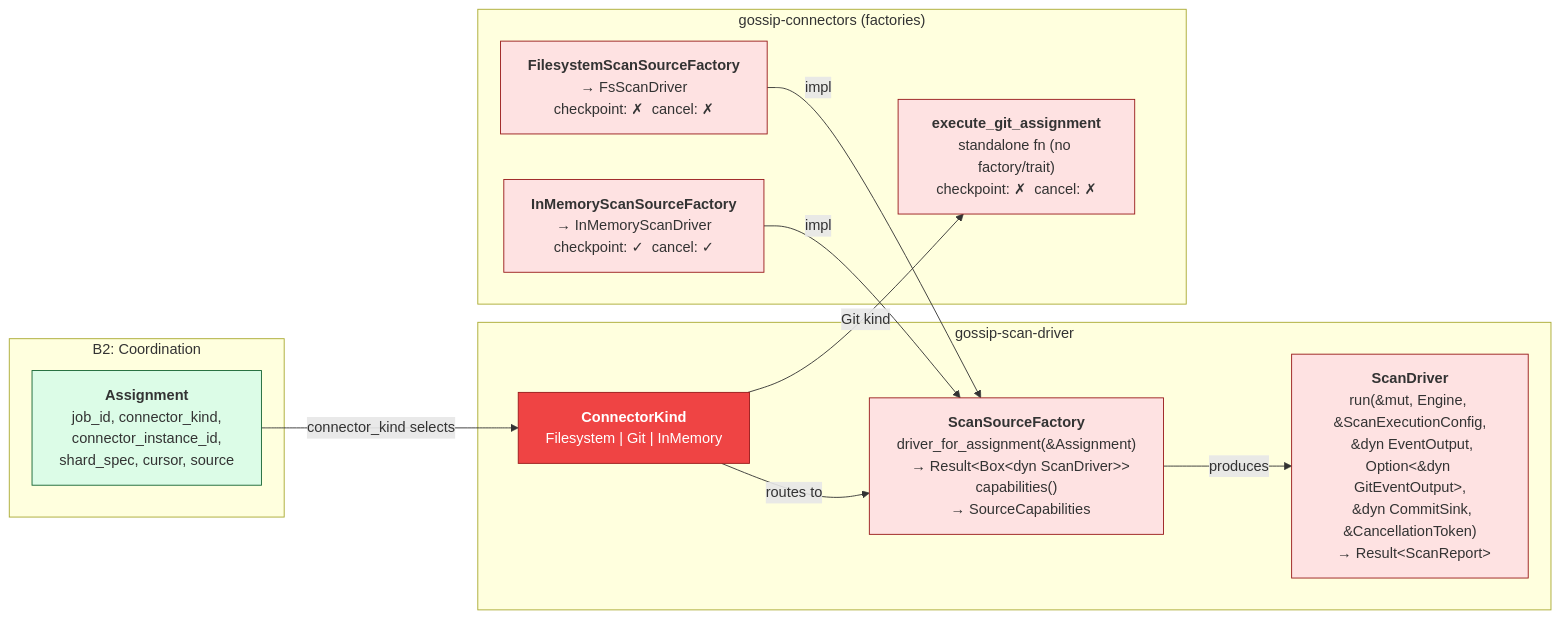
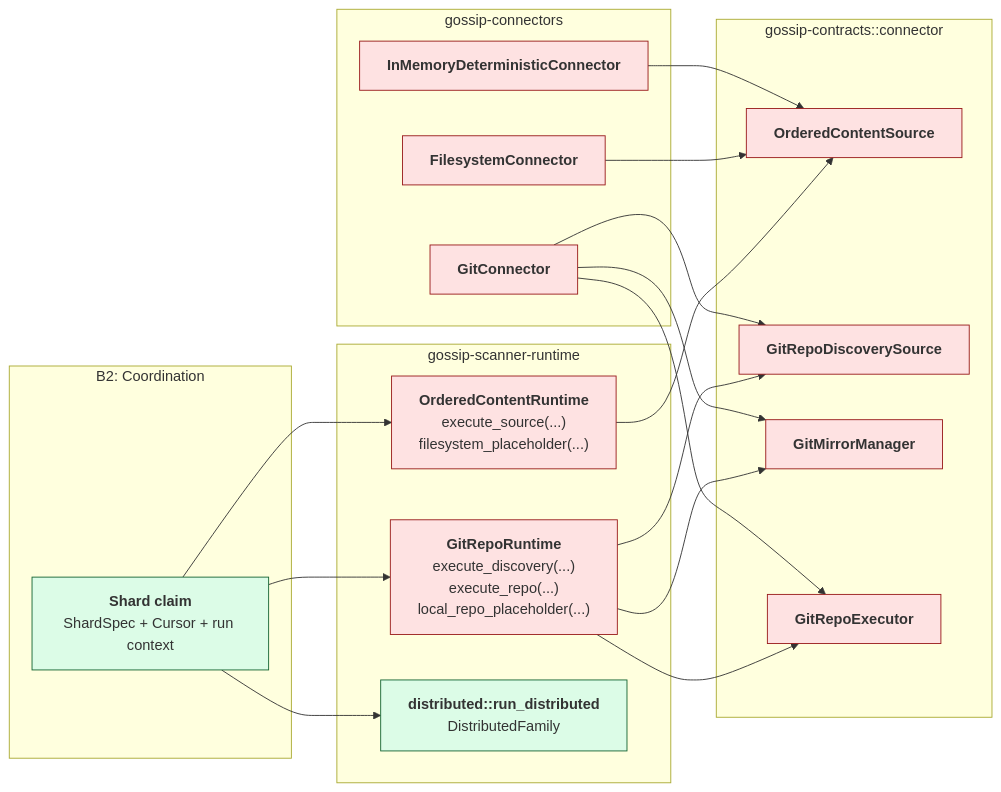
Before and after one commit to ahrav/Gossip-rs: the third of 4 diagrams in diagrams/14-connector-architecture.md, drawn with Mermaid. The commit also changed other lines of this file and 14 other files, not shown here.

First line of the commit message:
Refactor: Rename scan-driver to scanner-runtime

````diff
--- a/diagrams/14-connector-architecture.md
+++ b/diagrams/14-connector-architecture.md
@@ -128,35 +151,53 @@
 ```mermaid
-%% Diagram: connector-driver-bridge
+%% Diagram: connector-runtime-family-bridge
 graph LR
     subgraph Coordination["B2: Coordination"]
-        AS["<b>Assignment</b><br/>job_id, connector_kind,<br/>connector_instance_id,<br/>shard_spec, cursor, source"]
+        CLAIM["<b>Shard claim</b><br/>ShardSpec + Cursor + run context"]
     end
 
-    subgraph ScanDriver["gossip-scan-driver"]
-        CK["<b>ConnectorKind</b><br/>Filesystem | Git | InMemory"]
-        SSF["<b>ScanSourceFactory</b><br/>driver_for_assignment(&Assignment)<br/>  → Result&lt;Box&lt;dyn ScanDriver&gt;&gt;<br/>capabilities()<br/>  → SourceCapabilities"]
-        SD["<b>ScanDriver</b><br/>run(&mut, Engine, &ScanExecutionConfig,<br/>  &dyn EventOutput, Option&lt;&dyn GitEventOutput&gt;,<br/>  &dyn CommitSink, &CancellationToken)<br/>  → Result&lt;ScanReport&gt;"]
+    subgraph Runtime["gossip-scanner-runtime"]
+        OCR["<b>OrderedContentRuntime</b><br/>execute_source(...)<br/>filesystem_placeholder(...)"]
+        GRR["<b>GitRepoRuntime</b><br/>execute_discovery(...)<br/>execute_repo(...)<br/>local_repo_placeholder(...)"]
+        DRT["<b>distributed::run_distributed</b><br/>DistributedFamily"]
     end
 
-    subgraph Factories["gossip-connectors (factories)"]
-        FSF["<b>FilesystemScanSourceFactory</b><br/>→ FsScanDriver<br/>checkpoint: ✗  cancel: ✗"]
-        EGA["<b>execute_git_assignment</b><br/>standalone fn (no factory/trait)<br/>checkpoint: ✗  cancel: ✗"]
-        MSF["<b>InMemoryScanSourceFactory</b><br/>→ InMemoryScanDriver<br/>checkpoint: ✓  cancel: ✓"]
+    subgraph Contracts["gossip-contracts::connector"]
+        OCS["<b>OrderedContentSource</b>"]
+        GDS["<b>GitRepoDiscoverySource</b>"]
+        GMM["<b>GitMirrorManager</b>"]
+        GRE["<b>GitRepoExecutor</b>"]
     end
 
-    AS -->|"connector_kind selects"| CK
-    CK -->|"routes to"| SSF
-    SSF -->|"produces"| SD
+    subgraph Sources["gossip-connectors"]
+        FSC["<b>FilesystemConnector</b>"]
+        GTC["<b>GitConnector</b>"]
+        IMC["<b>InMemoryDeterministicConnector</b>"]
+    end
 
-    FSF -->|impl| SSF
-    MSF -->|impl| SSF
-    CK -->|"Git kind"| EGA
+    CLAIM --> OCR
+    CLAIM --> GRR
+    CLAIM --> DRT
 
-    style AS fill:#DCFCE7,stroke:#166534
-    style CK fill:#EF4444,stroke:#991B1B,color:#fff
-    style SSF fill:#FEE2E2,stroke:#991B1B
-    style SD fill:#FEE2E2,stroke:#991B1B
-    style FSF fill:#FEE2E2,stroke:#991B1B
-    style EGA fill:#FEE2E2,stroke:#991B1B
-    style MSF fill:#FEE2E2,stroke:#991B1B
+    OCR --> OCS
+    GRR --> GDS
+    GRR --> GMM
+    GRR --> GRE
+
+    FSC --> OCS
+    IMC --> OCS
+    GTC --> GDS
+    GTC --> GMM
+    GTC --> GRE
+
+    style CLAIM fill:#DCFCE7,stroke:#166534
+    style OCR fill:#FEE2E2,stroke:#991B1B
+    style GRR fill:#FEE2E2,stroke:#991B1B
+    style DRT fill:#DCFCE7,stroke:#166534
+    style OCS fill:#FEE2E2,stroke:#991B1B
+    style GDS fill:#FEE2E2,stroke:#991B1B
+    style GMM fill:#FEE2E2,stroke:#991B1B
+    style GRE fill:#FEE2E2,stroke:#991B1B
+    style FSC fill:#FEE2E2,stroke:#991B1B
+    style GTC fill:#FEE2E2,stroke:#991B1B
+    style IMC fill:#FEE2E2,stroke:#991B1B
 ```
````
